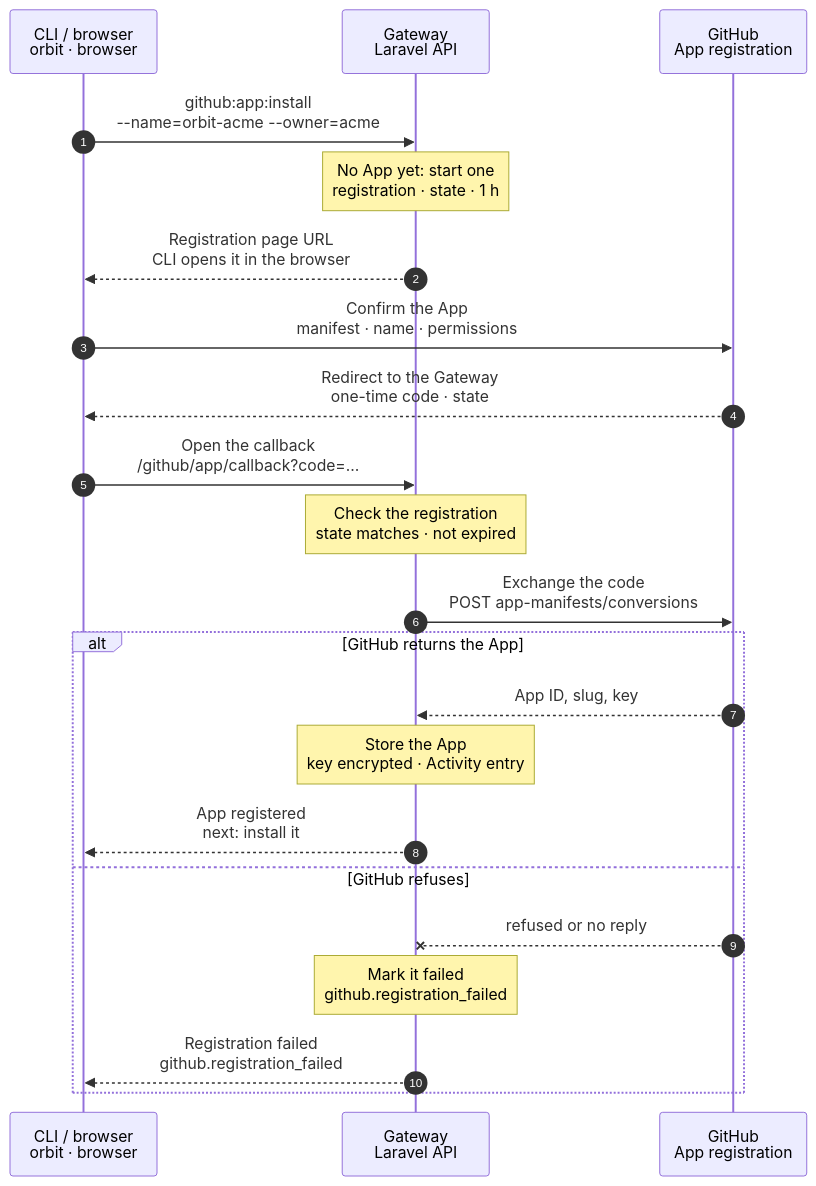
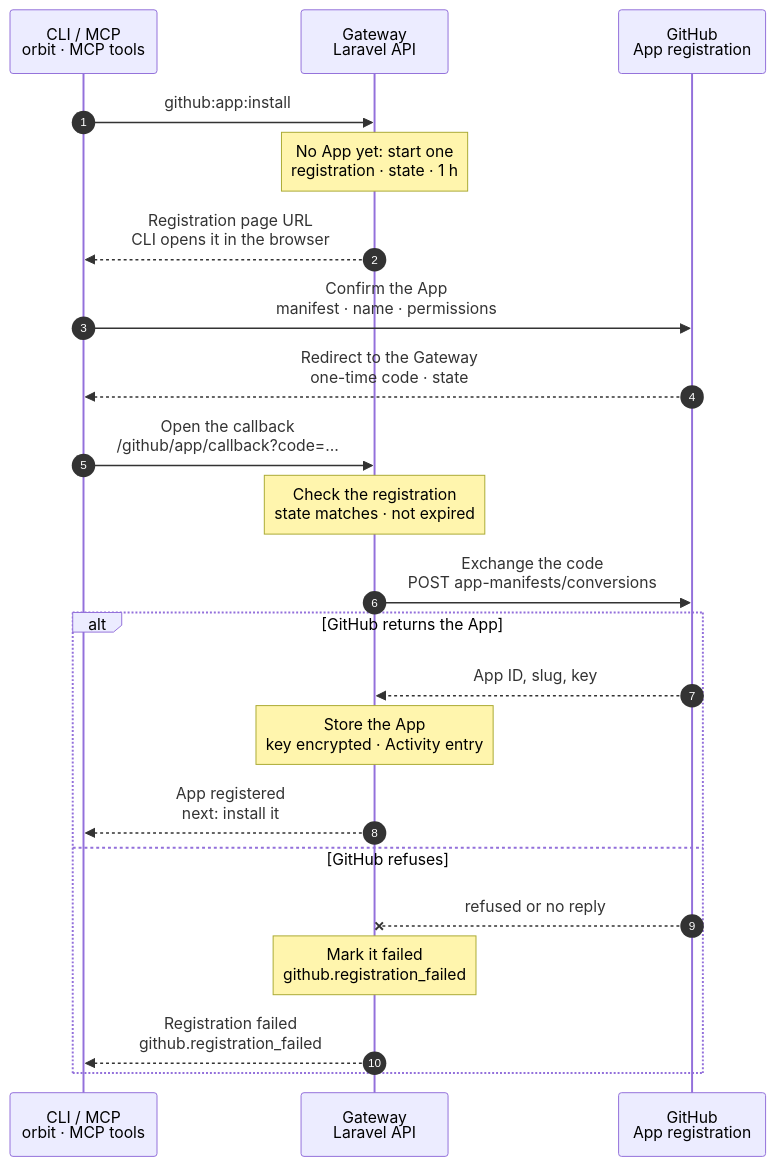
Before and after one commit to hardimpactdev/orbit: the diagram in docs/cli/github/app-install.mmd, drawn with Mermaid. The commit also changed 7 other files, not shown here.

Commit message:
docs(env,firewall,doctor,github): draw required parameters on the main path (flow rule 23)

```diff
--- a/docs/cli/github/app-install.mmd
+++ b/docs/cli/github/app-install.mmd
@@ -1,76 +1,77 @@
 sequenceDiagram
   %% Target design: DECISIONS R1 (no Node, no run), root-of-trust-gateway-only (App key stays in the Gateway). docs/reference/github-app.md#register-and-install.
   %% status: draft
   %% command: github:app:install
   %% kind: github.app_register
   autonumber
   %% lane CLI icon=terminal pill=caller tone=gray
   %% lane GW icon=gateway pill=intent tone=blue
   %% lane GH icon=server pill=target tone=purple
-  participant CLI as CLI / browser<br/>orbit · browser
+  participant CLI as CLI / MCP<br/>orbit · MCP tools
   participant GW as Gateway<br/>Laravel API
   participant GH as GitHub<br/>App registration
-  CLI->>GW: github:app:install<br/>--name=orbit-acme --owner=acme
+  CLI->>GW: github:app:install
   %%> Command:
-  %%> - `orbit github:app:install --name=orbit-acme --owner=acme`
+  %%> - `orbit github:app:install`
   %%> - syntax: `[--name=NAME] [--owner=ORGANIZATION] [--json]`
   %%> Input:
-  %%> - the proposed App name, and optionally the organization that owns the App
+  %%> - no required input; the CLI prompts for an App name or defaults to `orbit`
+  %%> - without an owner, registration belongs to your personal account
   %%> Requirements:
   %%> - the browser reaches the Gateway's private HTTPS address, because GitHub redirects back to it
   Note over GW: No App yet: start one<br/>registration · state · 1 h
   %%> Requirements:
   %%> - the Gateway has no GitHub App; otherwise the command only opens the install page
   %%> Result:
   %%> - a registration with a random `state` value, which expires after one hour
   GW-->>CLI: Registration page URL<br/>CLI opens it in the browser
   %%> What you get:
   %%> - the URL of a Gateway page that posts the App's manifest to GitHub
   CLI->>GH: Confirm the App<br/>manifest · name · permissions
   %%> What it does:
   %%> - GitHub shows the App name and its seven permissions; you confirm
   %%> - a taken name makes GitHub ask for another one
   GH-->>CLI: Redirect to the Gateway<br/>one-time code · state
   %%> What it does:
   %%> - the browser carries the one-time code and the `state` value back to the Gateway
   CLI->>GW: Open the callback<br/>/github/app/callback?code=…
   %%> What it does:
   %%> - the browser opens the Gateway's callback with the code
   Note over GW: Check the registration<br/>state matches · not expired
   %%> Requirements:
   %%> - the `state` value belongs to this registration, which has not expired or been used
   %%> Refuses:
   %%> - another state, or a replayed callback: `github.registration_invalid`
   GW->>GH: Exchange the code<br/>POST app-manifests/conversions
   %%> What it does:
   %%> - the Gateway itself exchanges the one-time code for the App ID, slug and private key
   %%> Why no Swamp run:
   %%> - it touches no Node (R1), and the App key is a root of trust: it never leaves the Gateway, not even through a vault
   alt GitHub returns the App
     GH-->>GW: App ID, slug, key
     %%> Returns:
     %%> - the App's identity and its private key, once
     Note over GW: Store the App<br/>key encrypted · Activity entry
     %%> Result:
     %%> - the App ID, slug and encrypted private key are stored; the code is consumed
     %%> - no queue job, no task to follow; the answer comes in the same request
     GW-->>CLI: App registered<br/>next: install it
     %%> What you get:
     %%> - a page that says the App is registered
     %%> Next:
     %%> - run `github:app:install` again to install the App on an account and choose its repositories
   else GitHub refuses
     GH--xGW: refused or no reply
     %%> When:
     %%> - the code expired or was used, or GitHub cannot be reached
     Note over GW: Mark it failed<br/>github.registration_failed
     %%> Result:
     %%> - the registration is marked failed; no App is stored; `github:app:show` shows `failed`
     %%> On GitHub:
     %%> - an App registration that GitHub did create stays there; delete it on GitHub
     %%> Retry:
     %%> - run `github:app:install` again; it starts a new registration
     GW-->>CLI: Registration failed<br/>github.registration_failed
     %%> What you get:
     %%> - the error at once; there is nothing to follow
   end
```
